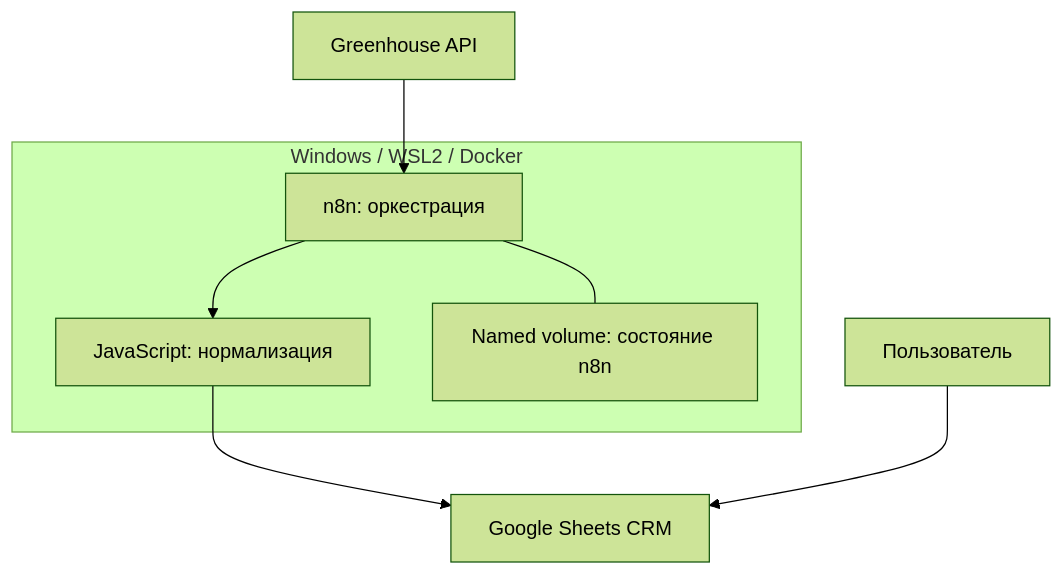
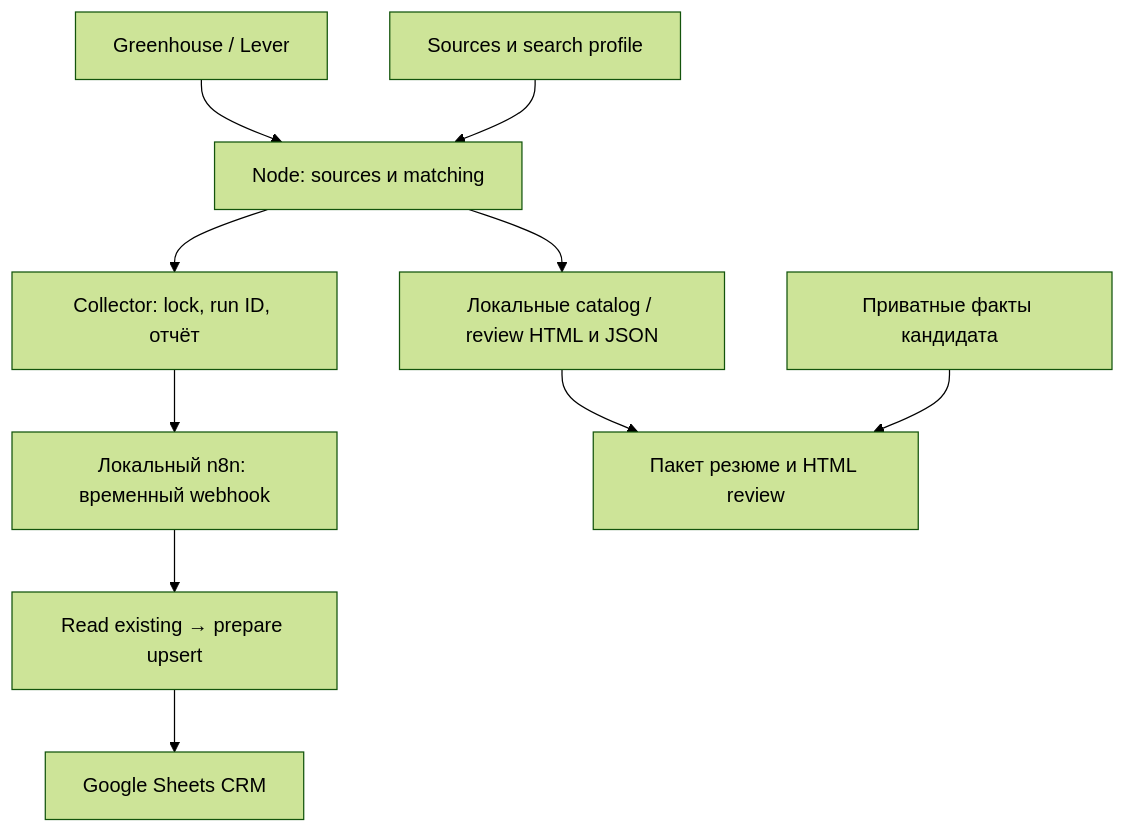
Before and after one commit to shakirov611-tech/jobradar: the diagram in docs/architecture/current.md, drawn with Mermaid (forest theme). The commit also changed other lines of this file and 22 other files, not shown here.

````diff
--- a/docs/architecture/current.md
+++ b/docs/architecture/current.md
@@ -8,13 +7,12 @@
 ```mermaid
 flowchart TD
-  subgraph Local["Windows / WSL2 / Docker"]
-    N["n8n: оркестрация"]
-    J["JavaScript: нормализация"]
-    V["Named volume: состояние n8n"]
-    N --> J
-    N --- V
-  end
-  G["Greenhouse API"] --> N
-  J --> S["Google Sheets CRM"]
-  U["Пользователь"] --> S
+  ATS["Greenhouse / Lever"] --> Sources["Node: sources и matching"]
+  Config["Sources и search profile"] --> Sources
+  Sources --> Preview["Локальные catalog / review HTML и JSON"]
+  Sources --> Runner["Collector: lock, run ID, отчёт"]
+  Runner --> Webhook["Локальный n8n: временный webhook"]
+  Webhook --> Upsert["Read existing → prepare upsert"]
+  Upsert --> Sheets["Google Sheets CRM"]
+  Preview --> Resume["Пакет резюме и HTML review"]
+  Facts["Приватные факты кандидата"] --> Resume
 ```
````
